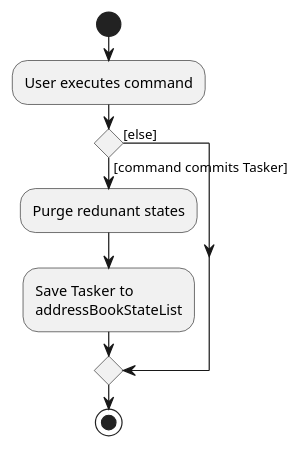
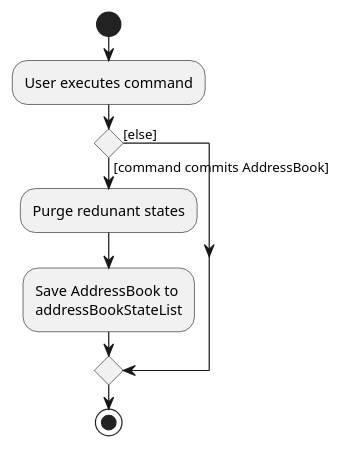
The diagram in docs/diagrams/CommitActivityDiagram.puml (Rishi5154/tp), drawn with PlantUML before and after one commit. The commit also changed 72 other files, not shown here.

```diff
--- a/docs/diagrams/CommitActivityDiagram.puml
+++ b/docs/diagrams/CommitActivityDiagram.puml
@@ -1,15 +1,15 @@
 @startuml
 start
 :User executes command;
 
 'Since the beta syntax does not support placing the condition outside the
 'diamond we place it as the true branch instead.
 
-if () then ([command commits Tasker])
+if () then ([command commits AddressBook])
     :Purge redunant states;
-    :Save Tasker to
+    :Save AddressBook to
     addressBookStateList;
 else ([else])
 endif
 stop
 @enduml
```
